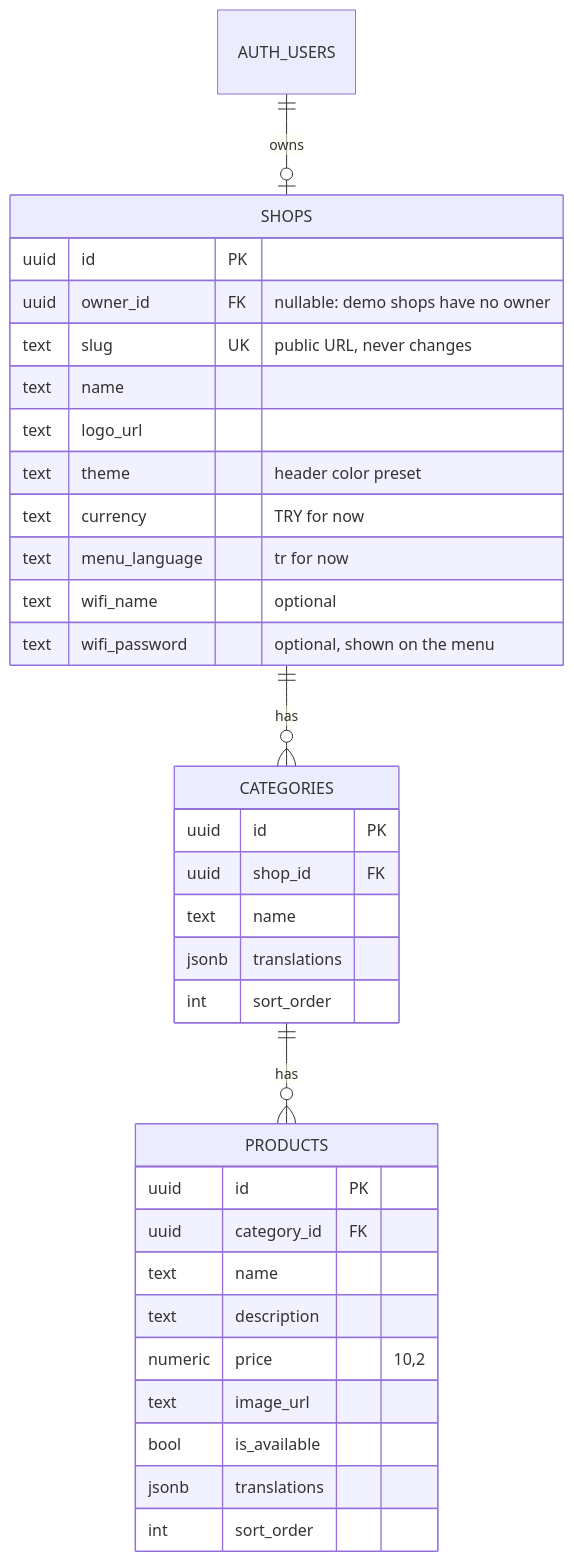
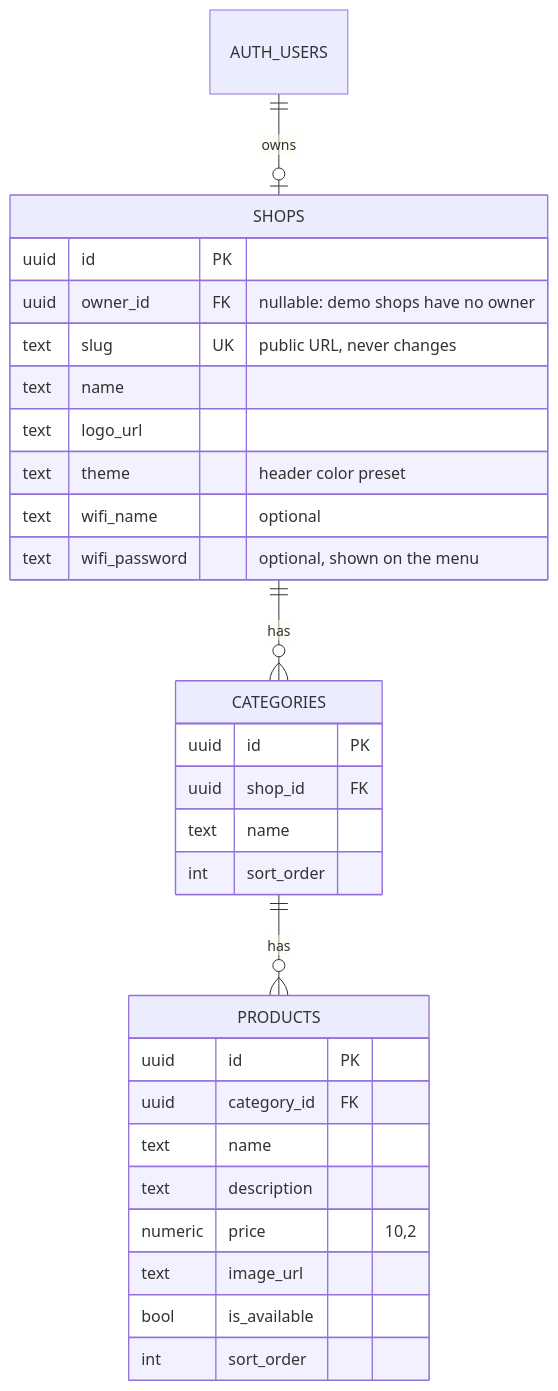
The second of 2 diagrams in README.md (huseyincansoylu/okut), drawn with Mermaid before and after one commit. The commit also changed other lines of this file and 111 other files, not shown here.

````diff
--- a/README.md
+++ b/README.md
@@ -73,37 +73,33 @@
 ```mermaid
 erDiagram
     AUTH_USERS ||--o| SHOPS : owns
     SHOPS ||--o{ CATEGORIES : has
     CATEGORIES ||--o{ PRODUCTS : has
 
     SHOPS {
         uuid id PK
         uuid owner_id FK "nullable: demo shops have no owner"
         text slug UK "public URL, never changes"
         text name
         text logo_url
         text theme "header color preset"
-        text currency "TRY for now"
-        text menu_language "tr for now"
         text wifi_name "optional"
         text wifi_password "optional, shown on the menu"
     }
     CATEGORIES {
         uuid id PK
         uuid shop_id FK
         text name
-        jsonb translations
         int sort_order
     }
     PRODUCTS {
         uuid id PK
         uuid category_id FK
         text name
         text description
         numeric price "10,2"
         text image_url
         bool is_available
-        jsonb translations
         int sort_order
     }
 ```
````
